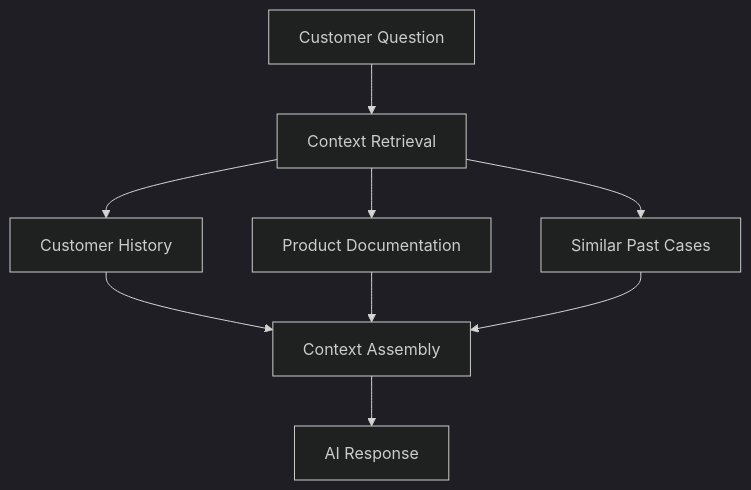
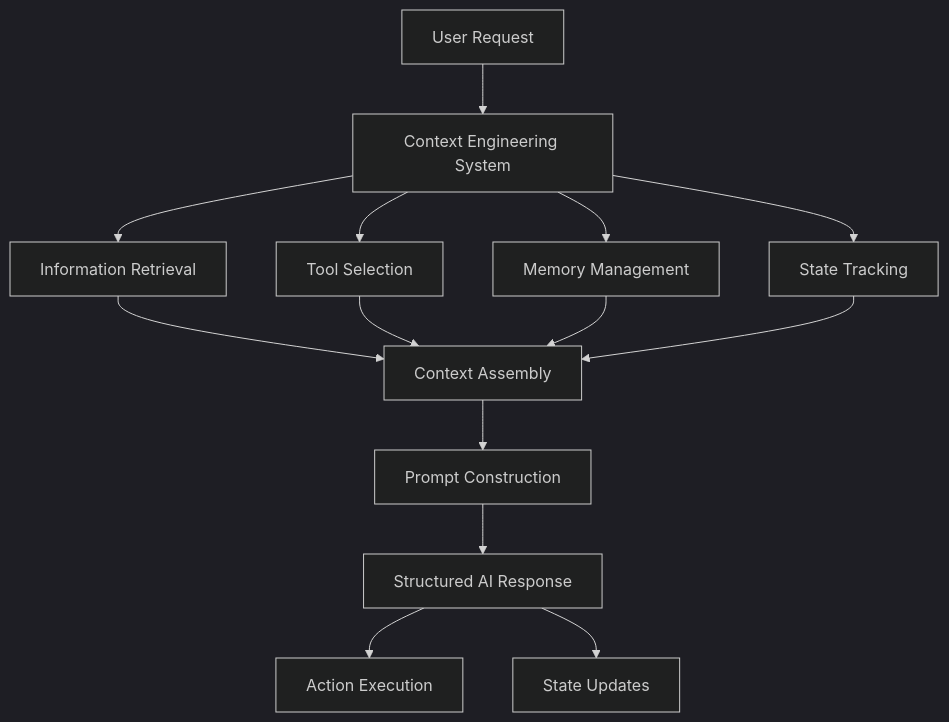
One commit to tikazyq/marvinzhang.dev changed the first of 5 diagrams in blog/2025-09-14-context-engineering.mdx. Above: the diagram before and after it, drawn with Mermaid (dark theme). The commit also changed other lines of this file and 1 other file, not shown here.

Commit message:
Refactor Context Engineering articles in English and Chinese: update quotes, enhance clarity, and improve structure for better readability and coherence. Adjust content to emphasize the holistic approach of context engineering, including dynamic systems, tool selection, and memory management.

````diff
--- a/blog/2025-09-14-context-engineering.mdx
+++ b/blog/2025-09-14-context-engineering.mdx
@@ -43,11 +49,16 @@
 ```mermaid
 graph TD
-    A[Customer Question] --> B[Context Retrieval]
-    B --> C[Customer History]
-    B --> D[Product Documentation] 
-    B --> E[Similar Past Cases]
-    C --> F[Context Assembly]
-    D --> F
-    E --> F
-    F --> G[AI Response]
+    A[User Request] --> B[Context Engineering System]
+    B --> C[Information Retrieval]
+    B --> D[Tool Selection]
+    B --> E[Memory Management]
+    B --> F[State Tracking]
+    C --> G[Context Assembly]
+    D --> G
+    E --> G
+    F --> G
+    G --> H[Prompt Construction]
+    H --> I[Structured AI Response]
+    I --> J[Action Execution]
+    I --> K[State Updates]
 ```
````
